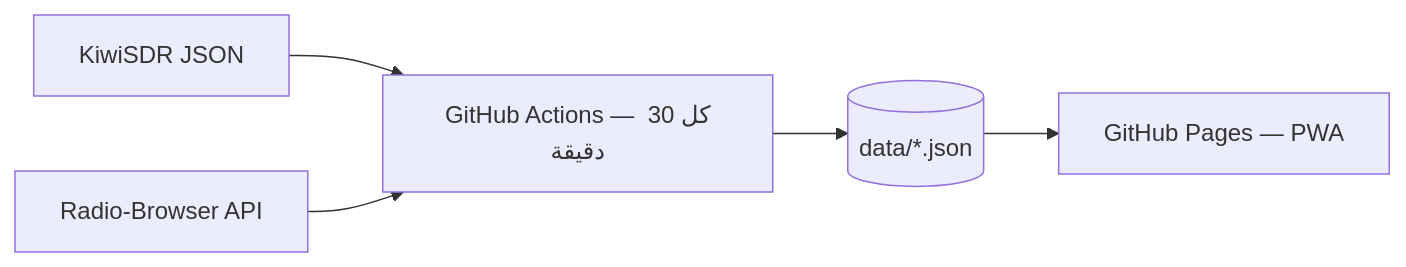
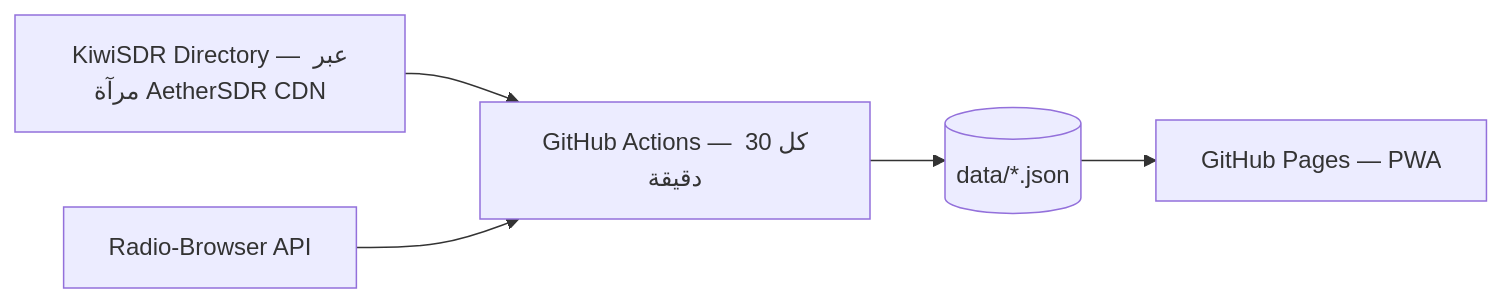
The diagram in README.md (SamoTech/Radio), drawn with Mermaid before and after one commit. The commit also changed other lines of this file and 3 other files, not shown here.

Commit message:
feat(data): use AetherSDR CDN mirror as primary KiwiSDR source (origin is down during server changes)

````diff
--- a/README.md
+++ b/README.md
@@ -9,7 +9,7 @@
 ```mermaid
 flowchart LR
-    A[KiwiSDR JSON] --> C[Crawler]
+    A[KiwiSDR Directory — عبر مرآة AetherSDR CDN] --> C[Crawler]
     B[Radio-Browser API] --> C
     C[GitHub Actions — كل 30 دقيقة] --> D[(data/*.json)]
     D --> E[GitHub Pages — PWA]
 ```
````
